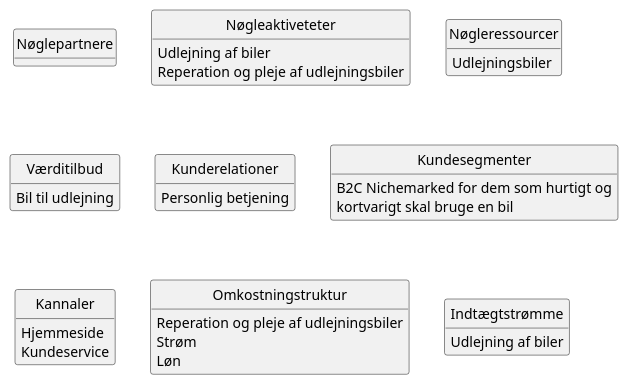
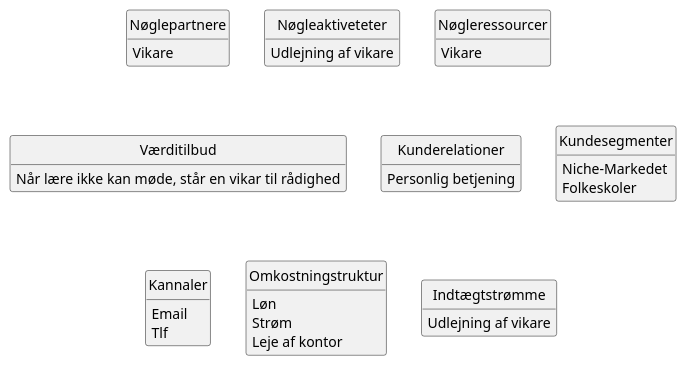
The diagram in øvelse 24/fml.plantuml (Alabaster550/A4vikar), drawn with PlantUML before and after one commit. The commit also changed 2 other files, not shown here.

```diff
--- a/øvelse 24/fml.plantuml
+++ b/øvelse 24/fml.plantuml
@@ -1,42 +1,41 @@
 @startuml
 
 class Nøglepartnere {
-
+    Vikare
 }
 class Nøgleaktiveteter {
-    Udlejning af biler
-    Reperation og pleje af udlejningsbiler
-
+    Udlejning af vikare
+    
 }
 class Nøgleressourcer {
-    Udlejningsbiler
+    Vikare
 }
 class Værditilbud {
-    Bil til udlejning
+    Når lære ikke kan møde, står en vikar til rådighed
 }
 class Kunderelationer {
     Personlig betjening
 }
 class Kundesegmenter {
-    B2C Nichemarked for dem som hurtigt og
-    kortvarigt skal bruge en bil
+    Niche-Markedet
+    Folkeskoler
 }
 class Kannaler {
-    Hjemmeside
-    Kundeservice
+    Email
+    Tlf
 }
 class Omkostningstruktur {
-    Reperation og pleje af udlejningsbiler
+    Løn
     Strøm
-    Løn
+    Leje af kontor
 }
 class Indtægtstrømme {
-    Udlejning af biler
+    Udlejning af vikare
 }
 
 Hide circle
 hide methods
 
 
 
 @enduml
```
